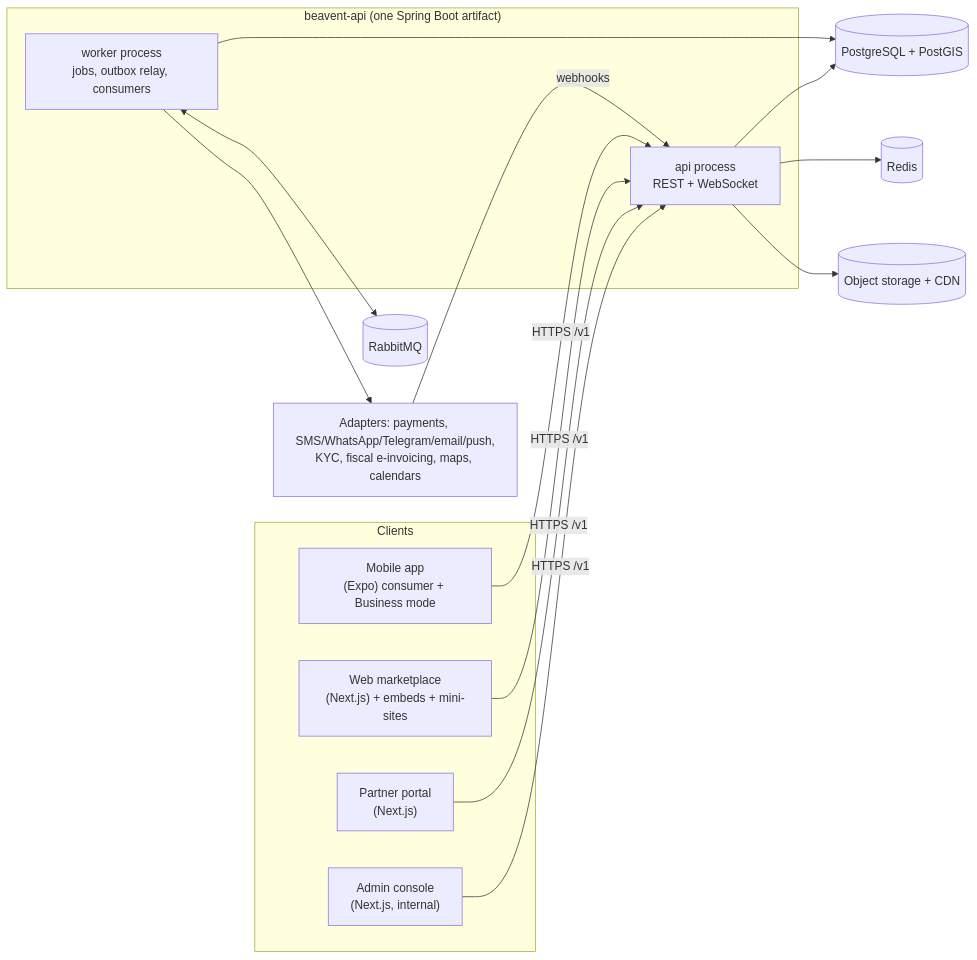
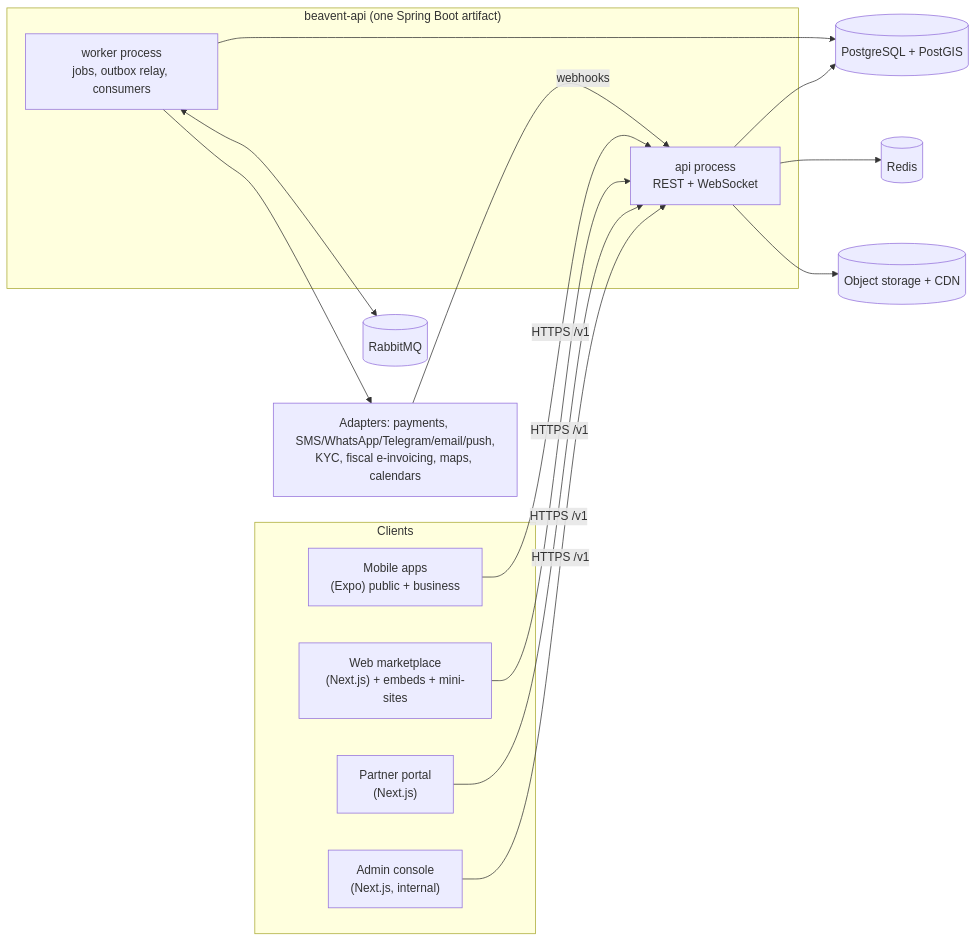
The diagram in docs/03-system-architecture.md (zekariass/beavent), drawn with Mermaid before and after one commit. The commit also changed other lines of this file and 58 other files, not shown here.

First line of the commit message:
Shared mobile package, business app with its own tabs, design docs updates (D20)

````diff
--- a/docs/03-system-architecture.md
+++ b/docs/03-system-architecture.md
@@ -9,21 +9,21 @@
 ```mermaid
 flowchart LR
   subgraph Clients
-    M["Mobile app<br/>(Expo) consumer + Business mode"]
+    M["Mobile apps<br/>(Expo) public + business"]
     W["Web marketplace<br/>(Next.js) + embeds + mini-sites"]
     P["Partner portal<br/>(Next.js)"]
     A["Admin console<br/>(Next.js, internal)"]
   end
   subgraph Backend["beavent-api (one Spring Boot artifact)"]
     API["api process<br/>REST + WebSocket"]
     WK["worker process<br/>jobs, outbox relay, consumers"]
   end
   M & W & P & A -->|HTTPS /v1| API
   API --> PG[(PostgreSQL + PostGIS)]
   WK --> PG
   API --> R[(Redis)]
   WK <--> MQ[(RabbitMQ)]
   API --> OS[(Object storage + CDN)]
   WK --> EXT["Adapters: payments, SMS/WhatsApp/Telegram/email/push,<br/>KYC, fiscal e-invoicing, maps, calendars"]
   EXT -->|webhooks| API
 ```
````
